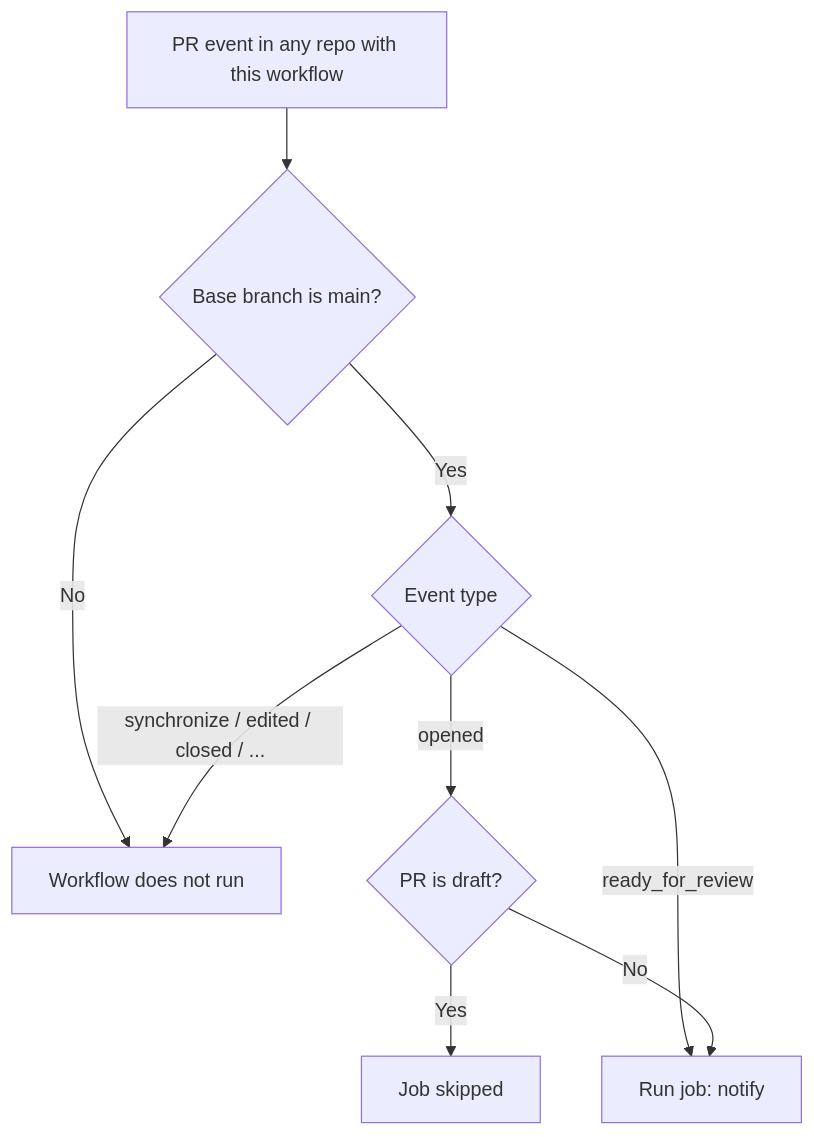
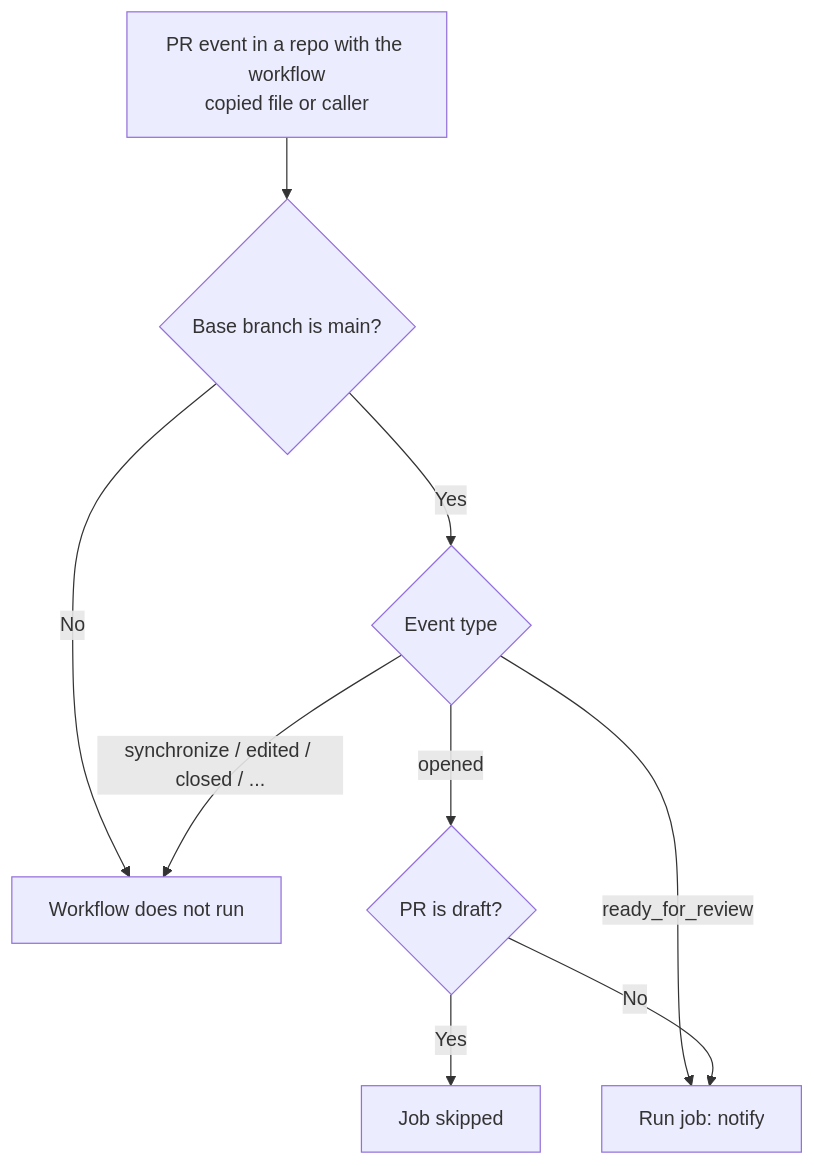
One commit to rubone/shared-workflows changed the first of 2 diagrams in docs/pr-slack-notification.md. Above: the diagram before and after it, drawn with Mermaid. The commit also changed other lines of this file and 2 other files, not shown here.

````diff
--- a/docs/pr-slack-notification.md
+++ b/docs/pr-slack-notification.md
@@ -37,11 +119,11 @@
 ```mermaid
 flowchart TD
-    A[PR event in any repo with this workflow] --> B{Base branch is main?}
+    A[PR event in a repo with the workflow<br/>copied file or caller] --> B{Base branch is main?}
     B -- No --> X[Workflow does not run]
     B -- Yes --> C{Event type}
     C -- opened --> D{PR is draft?}
     C -- ready_for_review --> E[Run job: notify]
     C -- synchronize / edited / closed / ... --> X
     D -- Yes --> Y[Job skipped]
     D -- No --> E
 ```
````
